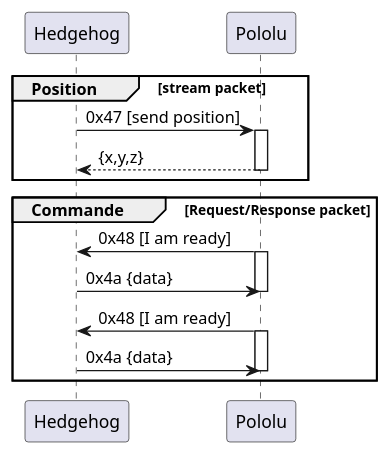
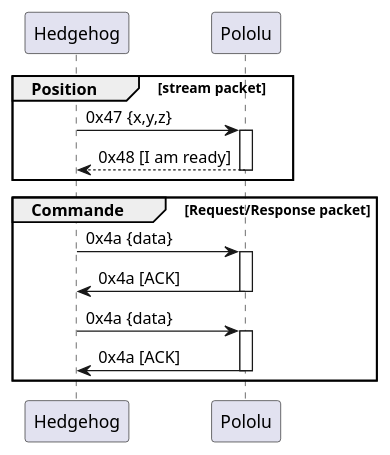
The diagram in assets/diagrams/dashboard_command_example.iuml (chletes/IMTA-P3A-EssaimRobots), drawn with PlantUML before and after one commit.

Commit message:
dashboard command example diagram update 2

```diff
--- a/assets/diagrams/dashboard_command_example.iuml
+++ b/assets/diagrams/dashboard_command_example.iuml
@@ -1,21 +1,21 @@
 @startuml dashboard_command_example;
 participant "Hedgehog" as A
 participant "Pololu" as B
 group Position [stream packet]
-    A-> B: 0x47 [send position]
-    activate B
-    B --> A: {x,y,z}
-    deactivate B
+A-> B: 0x47 {x,y,z}
+activate B
+B --> A: 0x48 [I am ready]
+deactivate B
 end
 
 group Commande [Request/Response packet]
-    B -> A: 0x48 [I am ready]
-    activate B
-    A -> B: 0x4a {data}
-    deactivate B
-    B -> A: 0x48 [I am ready]
-    activate B
-    A -> B: 0x4a {data}
-    deactivate B
+A -> B: 0x4a {data}
+activate B
+B -> A: 0x4a [ACK]
+deactivate B
+A -> B: 0x4a {data}
+activate B
+B -> A: 0x4a [ACK]
+deactivate B
 end
 @enduml
```
